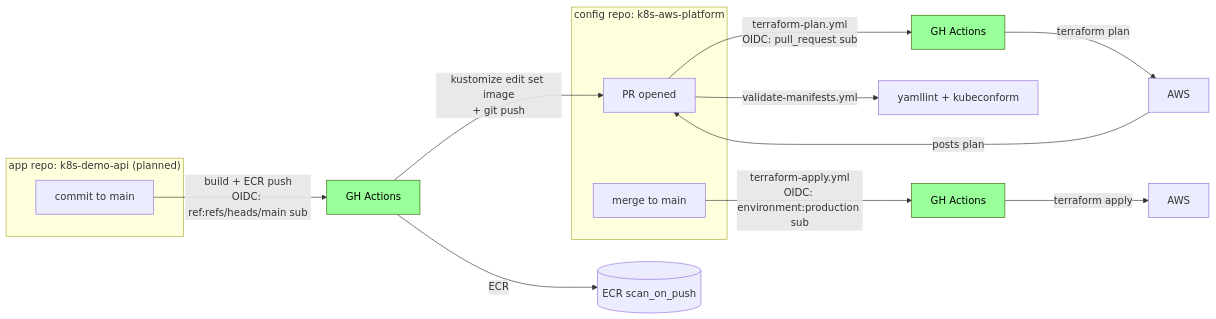
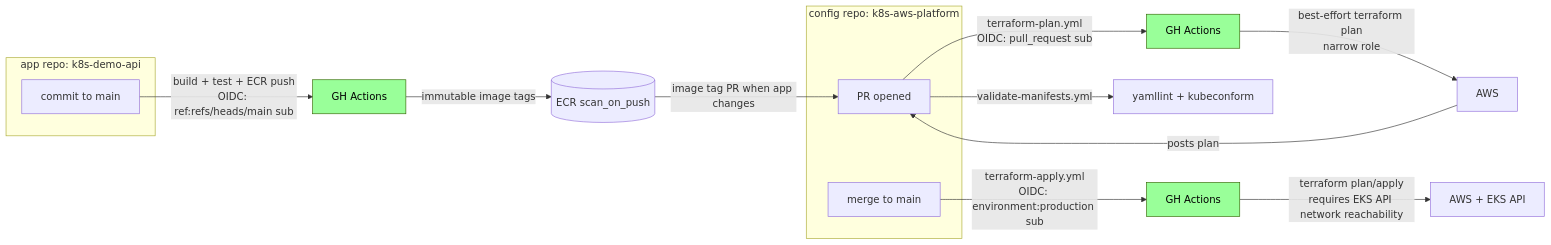
Before and after one commit to vaskosmihaylov/k8s-aws-platform: the diagram in docs/walkthrough/07-cicd.md, drawn with Mermaid. The commit also changed other lines of this file and 31 other files, not shown here.

````diff
--- a/docs/walkthrough/07-cicd.md
+++ b/docs/walkthrough/07-cicd.md
@@ -7,26 +7,26 @@
 ```mermaid
 flowchart LR
     subgraph "config repo: k8s-aws-platform"
         pr1[PR opened]
         merge1[merge to main]
     end
-    subgraph "app repo: k8s-demo-api (planned)"
+    subgraph "app repo: k8s-demo-api"
         commit[commit to main]
     end
 
     pr1 -->|terraform-plan.yml<br/>OIDC: pull_request sub| ghap1[GH Actions]
-    ghap1 -->|terraform plan| aws1[AWS]
+    ghap1 -->|best-effort terraform plan<br/>narrow role| aws1[AWS]
     aws1 -->|posts plan| pr1
 
     pr1 -->|validate-manifests.yml| ghap2[yamllint + kubeconform]
 
     merge1 -->|terraform-apply.yml<br/>OIDC: environment:production sub| ghap3[GH Actions]
-    ghap3 -->|terraform apply| aws2[AWS]
+    ghap3 -->|terraform plan/apply<br/>requires EKS API network reachability| aws2[AWS + EKS API]
 
-    commit -->|build + ECR push<br/>OIDC: ref:refs/heads/main sub| ghap4[GH Actions]
-    ghap4 -->|ECR| ecr[(ECR scan_on_push)]
-    ghap4 -->|kustomize edit set image<br/>+ git push| pr1
+    commit -->|build + test + ECR push<br/>OIDC: ref:refs/heads/main sub| ghap4[GH Actions]
+    ghap4 -->|immutable image tags| ecr[(ECR scan_on_push)]
+    ecr -->|image tag PR when app changes| pr1
 
     classDef oidc fill:#9f9,stroke:#360,color:#000
     class ghap1,ghap3,ghap4 oidc
 ```
````
